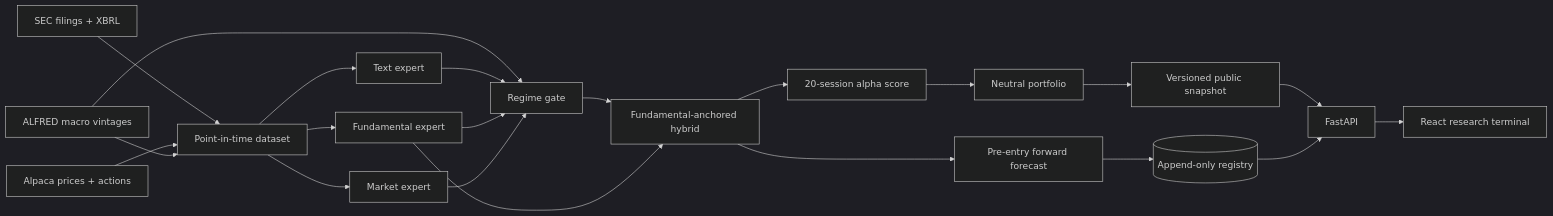
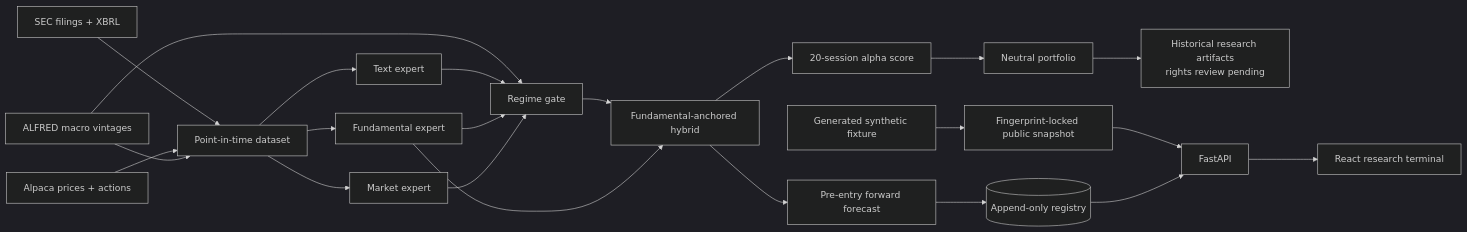
One commit to hoangnguyen2003/edgar-moe changed the diagram in README.md. Above: the diagram before and after it, drawn with Mermaid (dark theme). The commit also changed other lines of this file and 110 other files, not shown here.

Commit message:
security: serve only synthetic research data publicly

````diff
--- a/README.md
+++ b/README.md
@@ -54,23 +34,24 @@
 ```mermaid
 flowchart LR
   SEC[SEC filings + XBRL] --> PIT[Point-in-time dataset]
   ALP[Alpaca prices + actions] --> PIT
   FRED[ALFRED macro vintages] --> PIT
   PIT --> TEXT[Text expert]
   PIT --> FUND[Fundamental expert]
   PIT --> MKT[Market expert]
   FRED --> GATE[Regime gate]
   TEXT --> GATE
   FUND --> GATE
   MKT --> GATE
   GATE --> ANCHOR[Fundamental-anchored hybrid]
   FUND --> ANCHOR
   ANCHOR --> SCORE[20-session alpha score]
   SCORE --> PORT[Neutral portfolio]
-  PORT --> SNAP[Versioned public snapshot]
+  PORT --> ARCHIVE[Historical research artifacts<br/>rights review pending]
+  DEMO[Generated synthetic fixture] --> SNAP[Fingerprint-locked public snapshot]
   SNAP --> API[FastAPI]
   ANCHOR --> FWD[Pre-entry forward forecast]
   FWD --> REG[(Append-only registry)]
   REG --> API
   API --> WEB[React research terminal]
 ```
````
